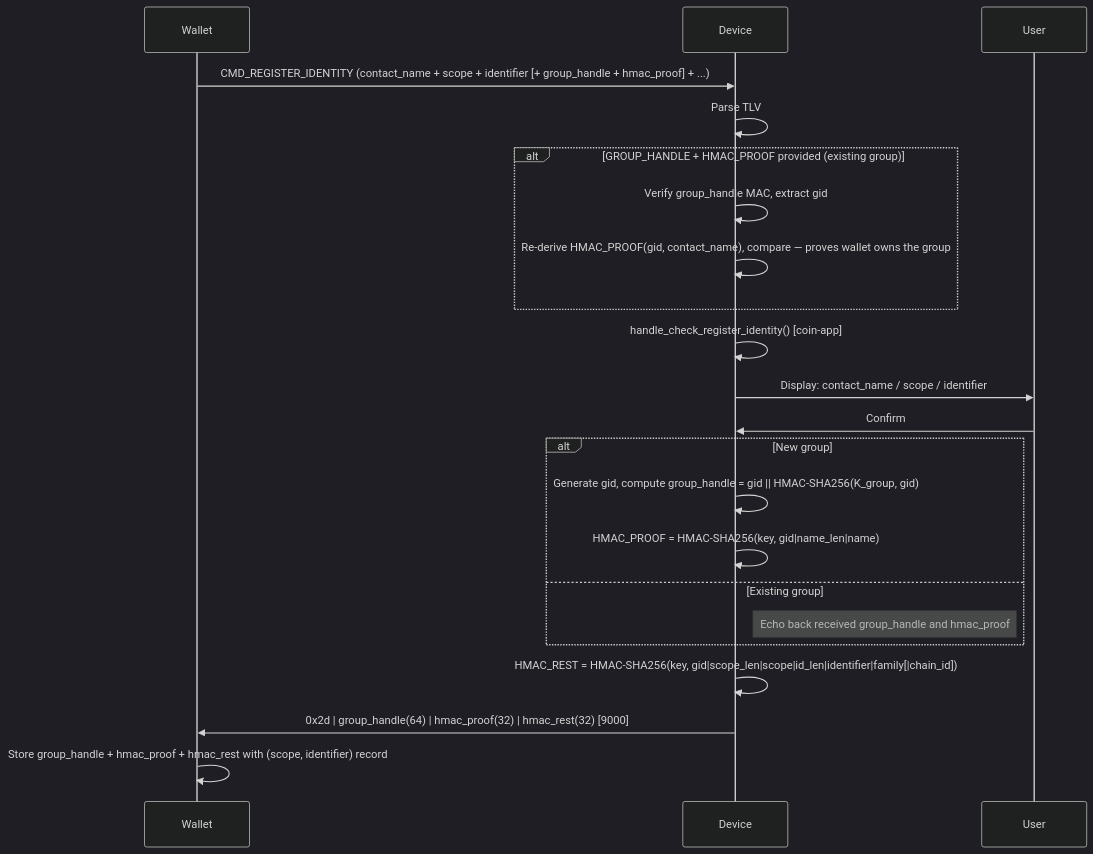
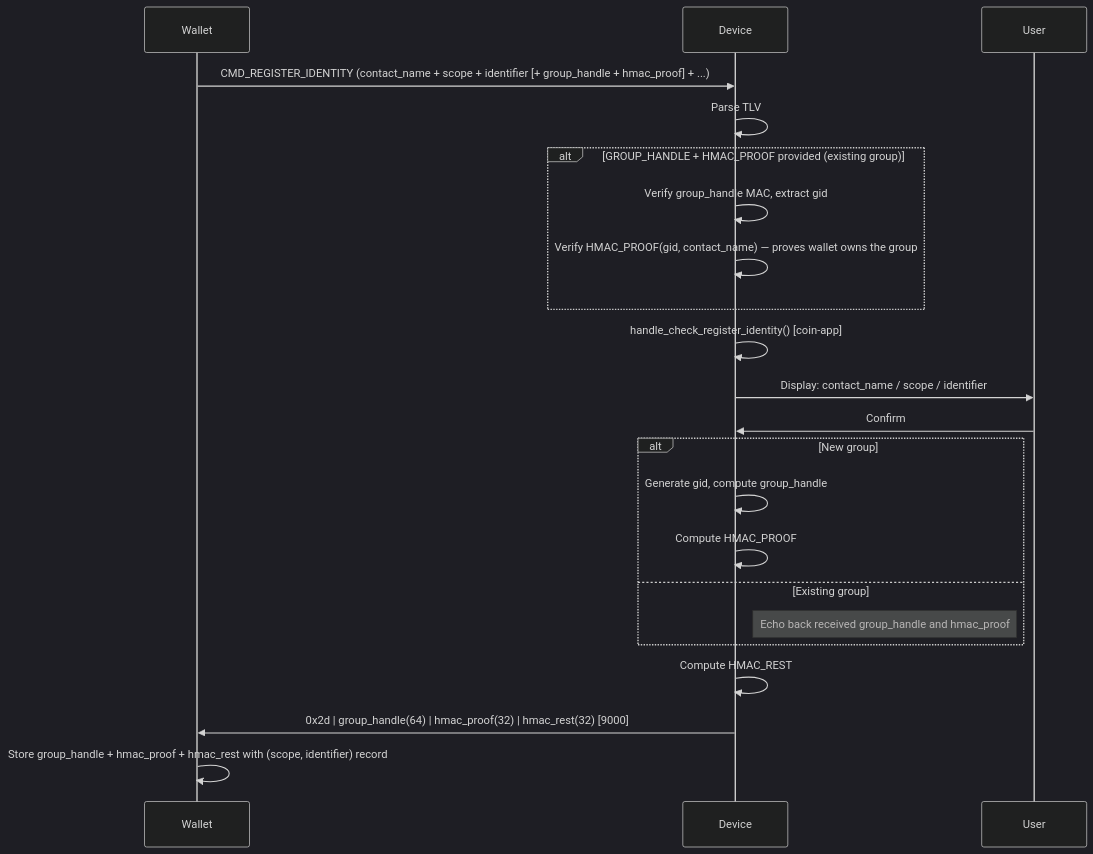
One commit to LedgerHQ/ledger-secure-sdk changed the third of 10 diagrams in app_features/address_book/doc/address_book_spec.md. Above: the diagram before and after it, drawn with Mermaid (dark theme). The commit also changed other lines of this file and 1 other file, not shown here.

````diff
--- a/app_features/address_book/doc/address_book_spec.md
+++ b/app_features/address_book/doc/address_book_spec.md
@@ -292,22 +294,22 @@
 ```mermaid
 sequenceDiagram
 
     Wallet->>Device: CMD_REGISTER_IDENTITY (contact_name + scope + identifier [+ group_handle + hmac_proof] + ...)
     Device->>Device: Parse TLV
     alt GROUP_HANDLE + HMAC_PROOF provided (existing group)
         Device->>Device: Verify group_handle MAC, extract gid
-        Device->>Device: Re-derive HMAC_PROOF(gid, contact_name), compare — proves wallet owns the group
+        Device->>Device: Verify HMAC_PROOF(gid, contact_name) — proves wallet owns the group
     end
     Device->>Device: handle_check_register_identity() [coin-app]
     Device->>User: Display: contact_name / scope / identifier
     User->>Device: Confirm
     alt New group
-        Device->>Device: Generate gid, compute group_handle = gid || HMAC-SHA256(K_group, gid)
-        Device->>Device: HMAC_PROOF = HMAC-SHA256(key, gid|name_len|name)
+        Device->>Device: Generate gid, compute group_handle
+        Device->>Device: Compute HMAC_PROOF
     else Existing group
         Note right of Device: Echo back received group_handle and hmac_proof
     end
-    Device->>Device: HMAC_REST = HMAC-SHA256(key, gid|scope_len|scope|id_len|identifier|family[|chain_id])
+    Device->>Device: Compute HMAC_REST
     Device->>Wallet: 0x2d | group_handle(64) | hmac_proof(32) | hmac_rest(32)  [9000]
     Wallet->>Wallet: Store group_handle + hmac_proof + hmac_rest with (scope, identifier) record
 ```
````
